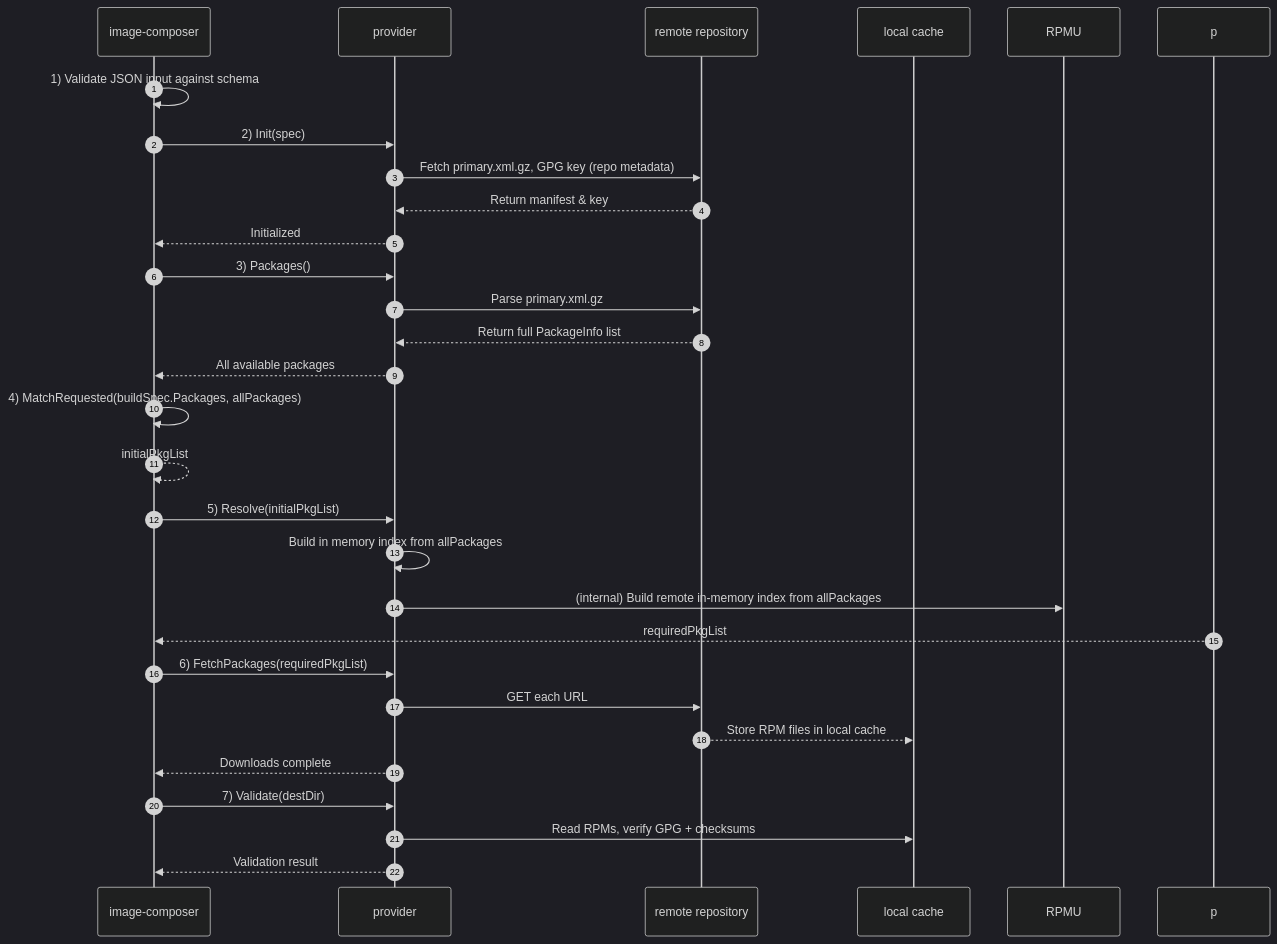
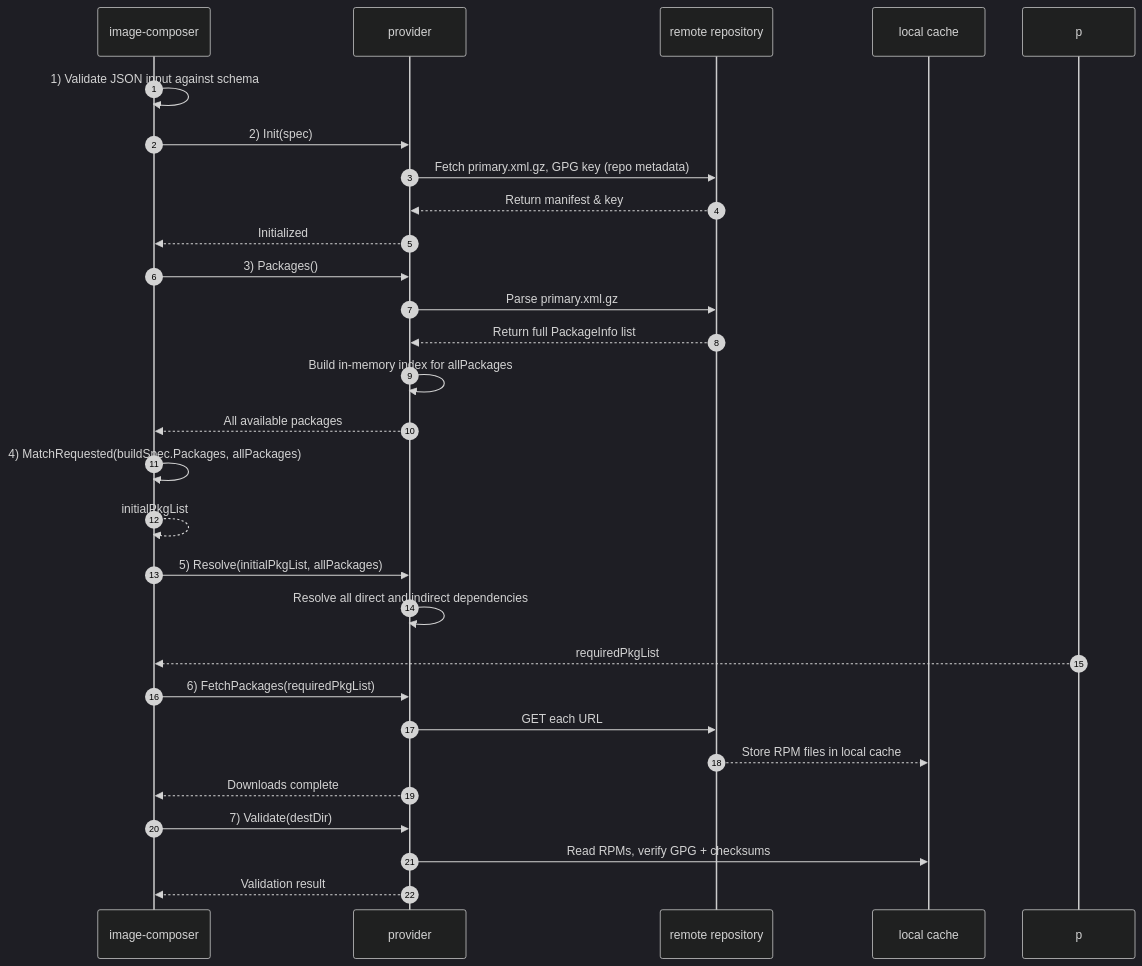
The diagram in docs/image-composer-build-process.md (wiwaszko-intel/os-image-composer), drawn with Mermaid (dark theme) before and after one commit. The commit also changed 1 other file, not shown here.

Commit message:
updated sequence diagram

````diff
--- a/docs/image-composer-build-process.md
+++ b/docs/image-composer-build-process.md
@@ -118,37 +118,37 @@
 ```mermaid
 sequenceDiagram
     autonumber
     participant IC as image-composer
     participant P as provider
     participant RR as remote repository
     participant LC as local cache
 
     IC->>IC: 1) Validate JSON input against schema
     IC->>P: 2) Init(spec)
     P->>RR:    Fetch primary.xml.gz, GPG key (repo metadata)
     RR-->>P:   Return manifest & key
     P-->>IC:   Initialized
 
     IC->>P: 3) Packages()
     P->>RR:    Parse primary.xml.gz   
     RR-->>P:   Return full PackageInfo list
+    P->>P:     Build in-memory index for allPackages
     P-->>IC:   All available packages
 
     IC->>IC: 4) MatchRequested(buildSpec.Packages, allPackages)
     IC-->>IC:   initialPkgList
 
-    IC->>P: 5) Resolve(initialPkgList)
-    P->>P:    Build in memory index from allPackages
-    P->>RPMU: (internal) Build remote in-memory index from allPackages
+    IC->>P: 5) Resolve(initialPkgList, allPackages)
+    P->>P:     Resolve all direct and indirect dependencies
     p-->>IC:  requiredPkgList
     
     IC->>P: 6) FetchPackages(requiredPkgList)
     P->>RR:    GET each URL
     RR-->>LC:  Store RPM files in local cache
     P-->>IC:   Downloads complete
 
     IC->>P: 7) Validate(destDir)
     P->>LC:    Read RPMs, verify GPG + checksums
     P-->>IC:   Validation result
 
 ```
````
